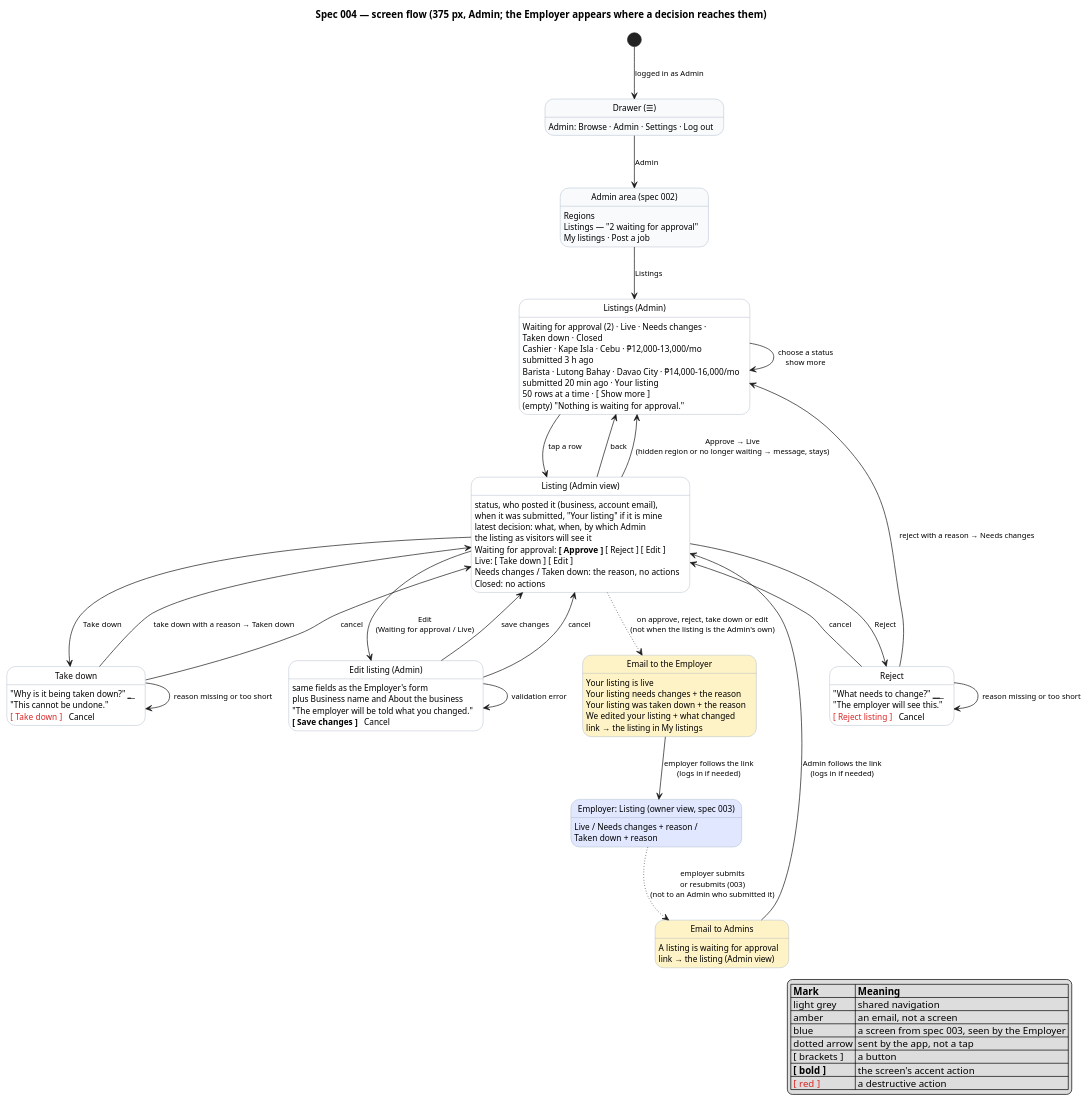
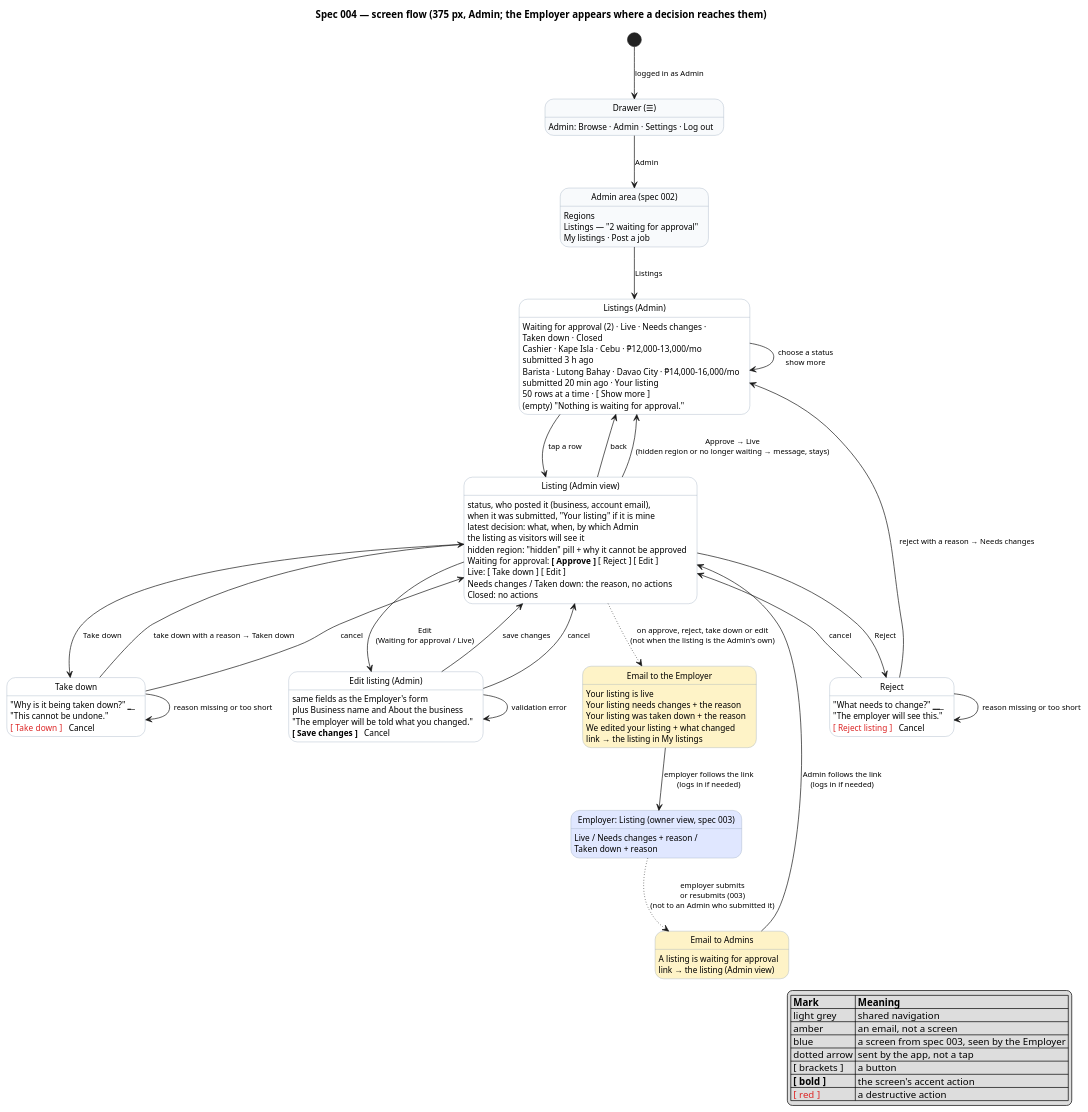
One commit to raseniero/jairojobs-elixir changed the diagram in docs/specs/004-listings-admin-moderation/diagrams/screenflow-moderation.puml. Above: the diagram before and after it, drawn with PlantUML. The commit also changed 6 other files, not shown here.

Commit message:
docs(spec 004): close five gaps (waiting count, landings, hidden-region warning, concurrent edits, demoted owner)

```diff
--- a/docs/specs/004-listings-admin-moderation/diagrams/screenflow-moderation.puml
+++ b/docs/specs/004-listings-admin-moderation/diagrams/screenflow-moderation.puml
@@ -1,112 +1,113 @@
 @startuml screenflow-moderation
 ' Spec 004 — screen flow. Each state is a screen (key elements listed); each arrow is a user action.
 ' Every user story US-004-1..11 is a path through this diagram (see table in spec.md).
 
 hide empty description
 skinparam state {
   BackgroundColor white
   BackgroundColor<<public>> #f8fafc
   BackgroundColor<<email>> #fef3c7
   BackgroundColor<<other>> #e0e7ff
   BorderColor #94a3b8
   FontSize 12
 }
 skinparam arrowFontSize 11
 
 title Spec 004 — screen flow (375 px, Admin; the Employer appears where a decision reaches them)
 
 state "Drawer (☰)" as Drawer <<public>>
 Drawer : Admin: Browse · Admin · Settings · Log out
 
 state "Admin area (spec 002)" as AdminArea <<public>>
 AdminArea : Regions
 AdminArea : Listings — "2 waiting for approval"
 AdminArea : My listings · Post a job
 
 state "Listings (Admin)" as Listings
 Listings : Waiting for approval (2) · Live · Needs changes ·
 Listings : Taken down · Closed
 Listings : Cashier · Kape Isla · Cebu · ₱12,000–13,000/mo
 Listings : submitted 3 h ago
 Listings : Barista · Lutong Bahay · Davao City · ₱14,000–16,000/mo
 Listings : submitted 20 min ago · Your listing
 Listings : 50 rows at a time · [ Show more ]
 Listings : (empty) "Nothing is waiting for approval."
 
 state "Listing (Admin view)" as Review
 Review : status, who posted it (business, account email),
 Review : when it was submitted, "Your listing" if it is mine
 Review : latest decision: what, when, by which Admin
 Review : the listing as visitors will see it
+Review : hidden region: "hidden" pill + why it cannot be approved
 Review : Waiting for approval: **[ Approve ]** [ Reject ] [ Edit ]
 Review : Live: [ Take down ] [ Edit ]
 Review : Needs changes / Taken down: the reason, no actions
 Review : Closed: no actions
 
 state "Reject" as Reject
 Reject : "What needs to change?" ___________
 Reject : "The employer will see this."
 Reject : <color:#dc2626>[ Reject listing ]</color>   Cancel
 
 state "Take down" as TakeDown
 TakeDown : "Why is it being taken down?" ______
 TakeDown : "This cannot be undone."
 TakeDown : <color:#dc2626>[ Take down ]</color>   Cancel
 
 state "Edit listing (Admin)" as Edit
 Edit : same fields as the Employer's form
 Edit : plus Business name and About the business
 Edit : "The employer will be told what you changed."
 Edit : **[ Save changes ]**   Cancel
 
 state "Email to the Employer" as MailEmployer <<email>>
 MailEmployer : Your listing is live
 MailEmployer : Your listing needs changes + the reason
 MailEmployer : Your listing was taken down + the reason
 MailEmployer : We edited your listing + what changed
 MailEmployer : link → the listing in My listings
 
 state "Email to Admins" as MailAdmins <<email>>
 MailAdmins : A listing is waiting for approval
 MailAdmins : link → the listing (Admin view)
 
 state "Employer: Listing (owner view, spec 003)" as Owner <<other>>
 Owner : Live / Needs changes + reason /
 Owner : Taken down + reason
 
 [*] --> Drawer : logged in as Admin
 Drawer --> AdminArea : Admin
 AdminArea --> Listings : Listings
 Listings --> Listings : choose a status\nshow more
 Listings --> Review : tap a row
 Review --> Listings : back
 Review --> Listings : Approve → Live\n(hidden region or no longer waiting → message, stays)
 Review --> Reject : Reject
 Reject --> Listings : reject with a reason → Needs changes
 Reject --> Reject : reason missing or too short
 Reject --> Review : cancel
 Review --> TakeDown : Take down
 TakeDown --> Review : take down with a reason → Taken down
 TakeDown --> TakeDown : reason missing or too short
 TakeDown --> Review : cancel
 Review --> Edit : Edit\n(Waiting for approval / Live)
 Edit --> Review : save changes
 Edit --> Edit : validation error
 Edit --> Review : cancel
 
 Review -[dotted]-> MailEmployer : on approve, reject, take down or edit\n(not when the listing is the Admin's own)
 MailEmployer --> Owner : employer follows the link\n(logs in if needed)
 Owner -[dotted]-> MailAdmins : employer submits\nor resubmits (003)\n(not to an Admin who submitted it)
 MailAdmins --> Review : Admin follows the link\n(logs in if needed)
 
 legend right
   |= Mark |= Meaning |
   | light grey | shared navigation |
   | amber | an email, not a screen |
   | blue | a screen from spec 003, seen by the Employer |
   | dotted arrow | sent by the app, not a tap |
   | [ brackets ] | a button |
   | **[ bold ]** | the screen's accent action |
   | <color:#dc2626>[ red ]</color> | a destructive action |
 endlegend
 @enduml
```
